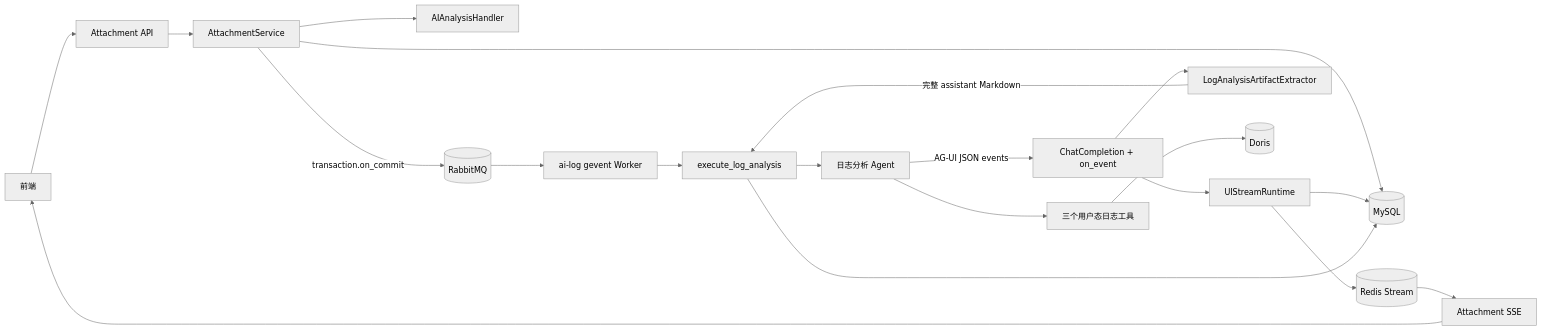
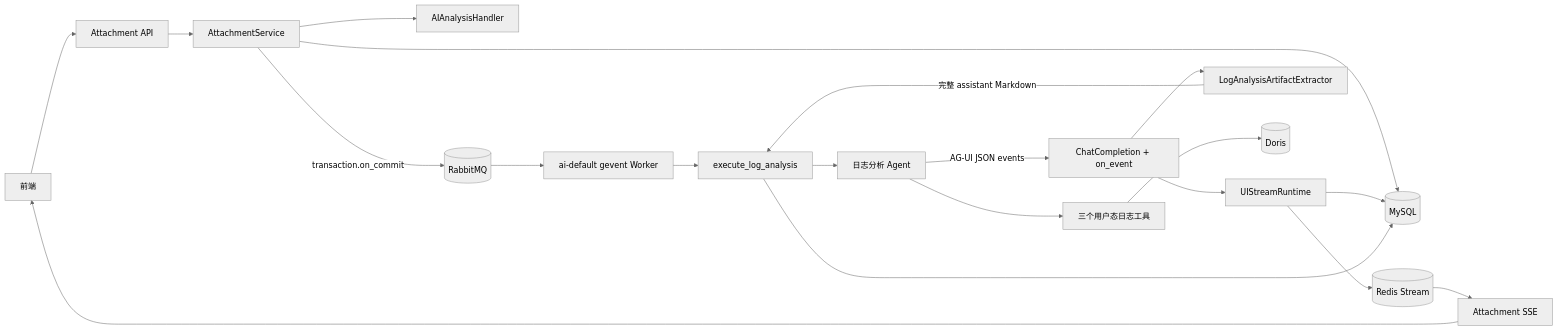
Before and after one commit to TencentBlueKing/bk-audit: the first of 2 diagrams in src/backend/services/web/ai_assistant/docs/log_analysis.md, drawn with Mermaid (neutral theme). The commit also changed other lines of this file and 17 other files, not shown here.

````diff
--- a/src/backend/services/web/ai_assistant/docs/log_analysis.md
+++ b/src/backend/services/web/ai_assistant/docs/log_analysis.md
@@ -9,22 +9,22 @@
 ```mermaid
 flowchart LR
     FE[前端] --> API[Attachment API]
     API --> SVC[AttachmentService]
     SVC --> HANDLER[AIAnalysisHandler]
     SVC --> DB[(MySQL)]
     SVC -->|transaction.on_commit| MQ[(RabbitMQ)]
-    MQ --> WORKER[ai-log gevent Worker]
+    MQ --> WORKER[ai-default gevent Worker]
     WORKER --> TASK[execute_log_analysis]
     TASK --> AGENT[日志分析 Agent]
     AGENT -->|AG-UI JSON events| RELAY[ChatCompletion + on_event]
     RELAY --> RUNTIME[UIStreamRuntime]
     RELAY --> EXTRACTOR[LogAnalysisArtifactExtractor]
     RUNTIME --> REDIS[(Redis Stream)]
     RUNTIME --> DB
     REDIS --> SSE[Attachment SSE]
     SSE --> FE
     EXTRACTOR -->|完整 assistant Markdown| TASK
     TASK --> DB
     AGENT --> TOOLS[三个用户态日志工具]
     TOOLS --> DORIS[(Doris)]
 ```
````
